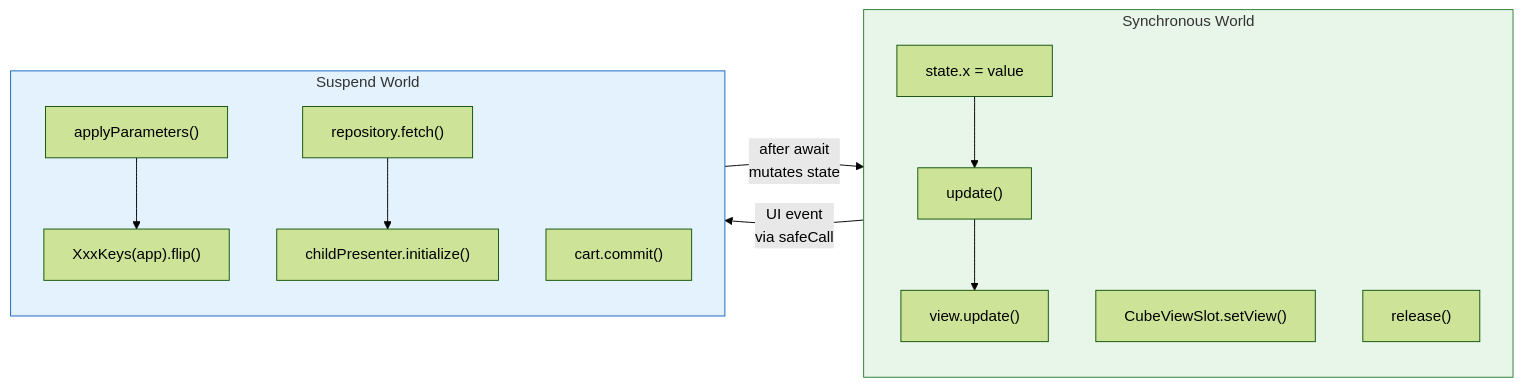
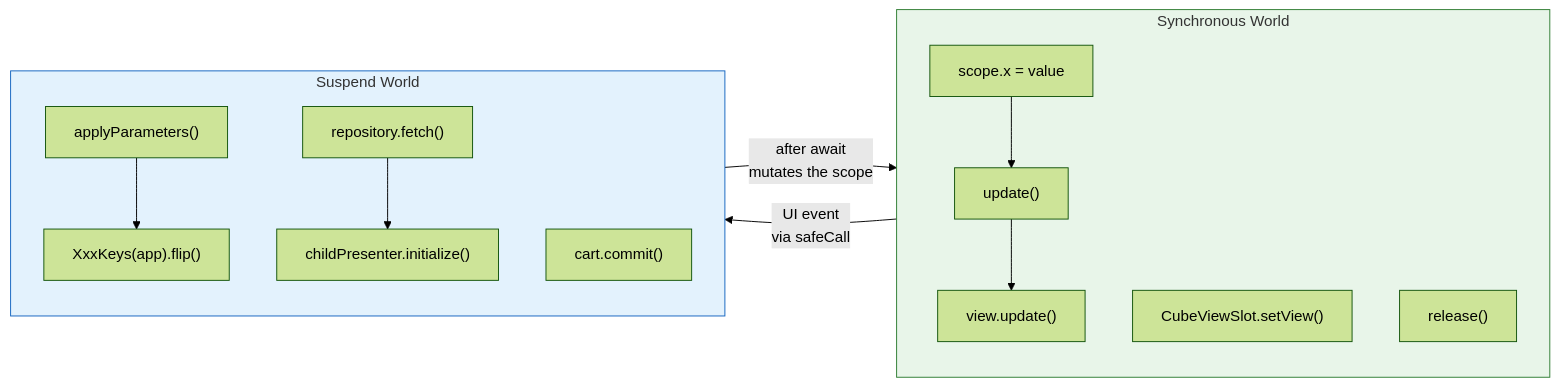
Diagram 11 of 19 in docs/architecture-cube.md (mrcdom/wdc-cube-kotlin), drawn with Mermaid (forest theme) before and after one commit. The commit also changed other lines of this file and 117 other files, not shown here.

````diff
--- a/docs/architecture-cube.md
+++ b/docs/architecture-cube.md
@@ -626,29 +628,29 @@
 ```mermaid
 flowchart LR
     subgraph SYNC["Synchronous World"]
         direction TB
-        S1["state.x = value"]
+        S1["scope.x = value"]
         S2["update()"]
         S3["view.update()"]
         S4["CubeViewSlot.setView()"]
         S5["release()"]
         S1 --> S2 --> S3
     end
 
     subgraph SUSPEND["Suspend World"]
         direction TB
         A1["applyParameters()"]
         A2["XxxKeys(app).flip()"]
         A3["repository.fetch()"]
         A4["childPresenter.initialize()"]
         A5["cart.commit()"]
         A1 --> A2
         A3 --> A4
     end
 
-    SUSPEND -->|"after await\nmutates state"| SYNC
+    SUSPEND -->|"after await\nmutates the scope"| SYNC
     SYNC -->|"UI event\nvia safeCall"| SUSPEND
 
     style SYNC fill:#e8f5e9,stroke:#2e7d32
     style SUSPEND fill:#e3f2fd,stroke:#1565c0
 ```
````
